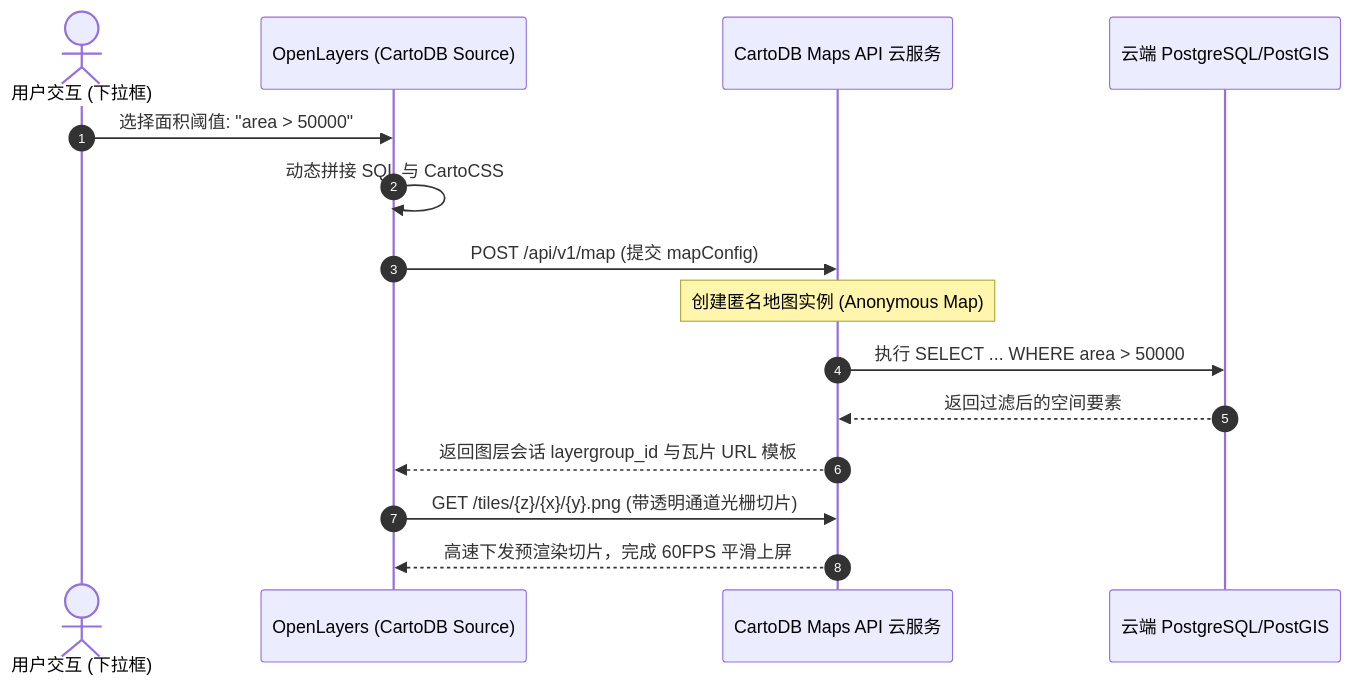
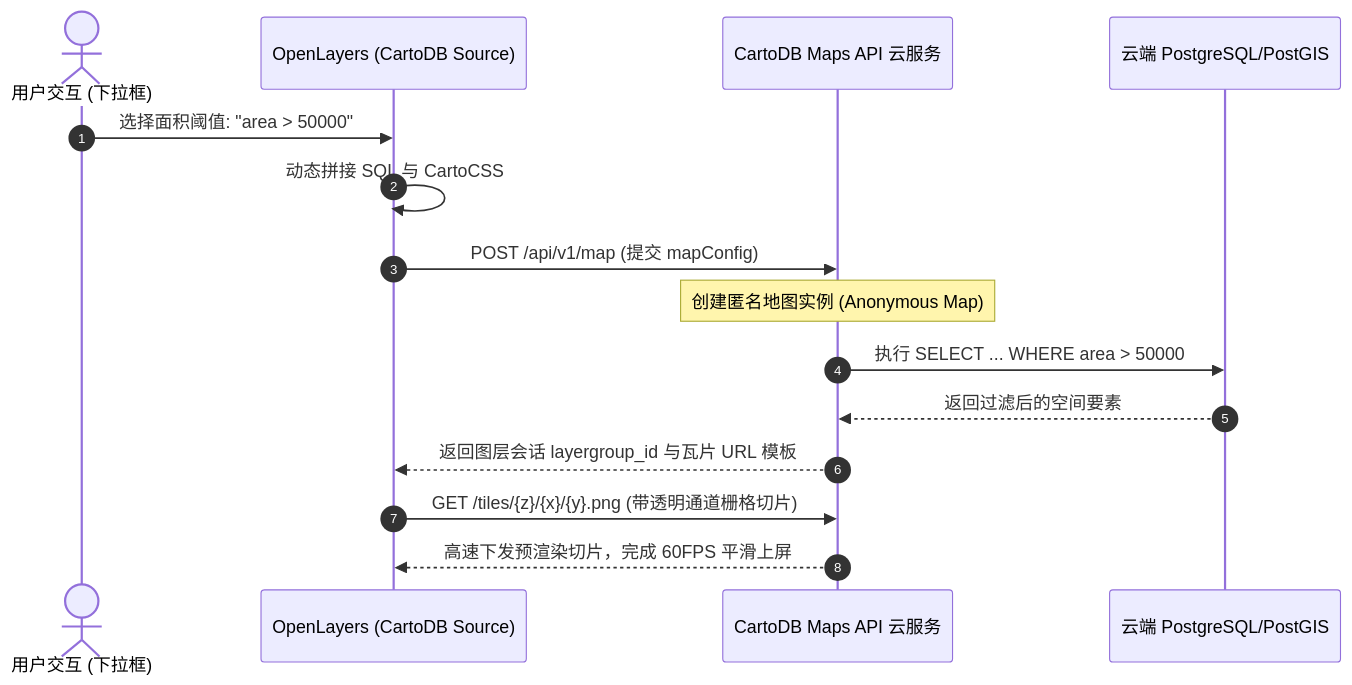
The third of 3 diagrams in site/summary/openlayers-attributions-guide.md (gisnotes/openlayers), drawn with Mermaid before and after one commit. The commit also changed other lines of this file and 150 other files, not shown here.

````diff
--- a/site/summary/openlayers-attributions-guide.md
+++ b/site/summary/openlayers-attributions-guide.md
@@ -154,18 +154,18 @@
 ```mermaid
 sequenceDiagram
     autonumber
     actor User as 用户交互 (下拉框)
     participant Client as OpenLayers (CartoDB Source)
     participant MapsAPI as CartoDB Maps API 云服务
     participant PostGIS as 云端 PostgreSQL/PostGIS
 
     User->>Client: 选择面积阈值: "area > 50000"
     Client->>Client: 动态拼接 SQL 与 CartoCSS
     Client->>MapsAPI: POST /api/v1/map (提交 mapConfig)
     Note over MapsAPI: 创建匿名地图实例 (Anonymous Map)
     MapsAPI->>PostGIS: 执行 SELECT ... WHERE area > 50000
     PostGIS-->>MapsAPI: 返回过滤后的空间要素
     MapsAPI-->>Client: 返回图层会话 layergroup_id 与瓦片 URL 模板
-    Client->>MapsAPI: GET /tiles/{z}/{x}/{y}.png (带透明通道光栅切片)
+    Client->>MapsAPI: GET /tiles/{z}/{x}/{y}.png (带透明通道栅格切片)
     MapsAPI-->>Client: 高速下发预渲染切片，完成 60FPS 平滑上屏
 ```
````
